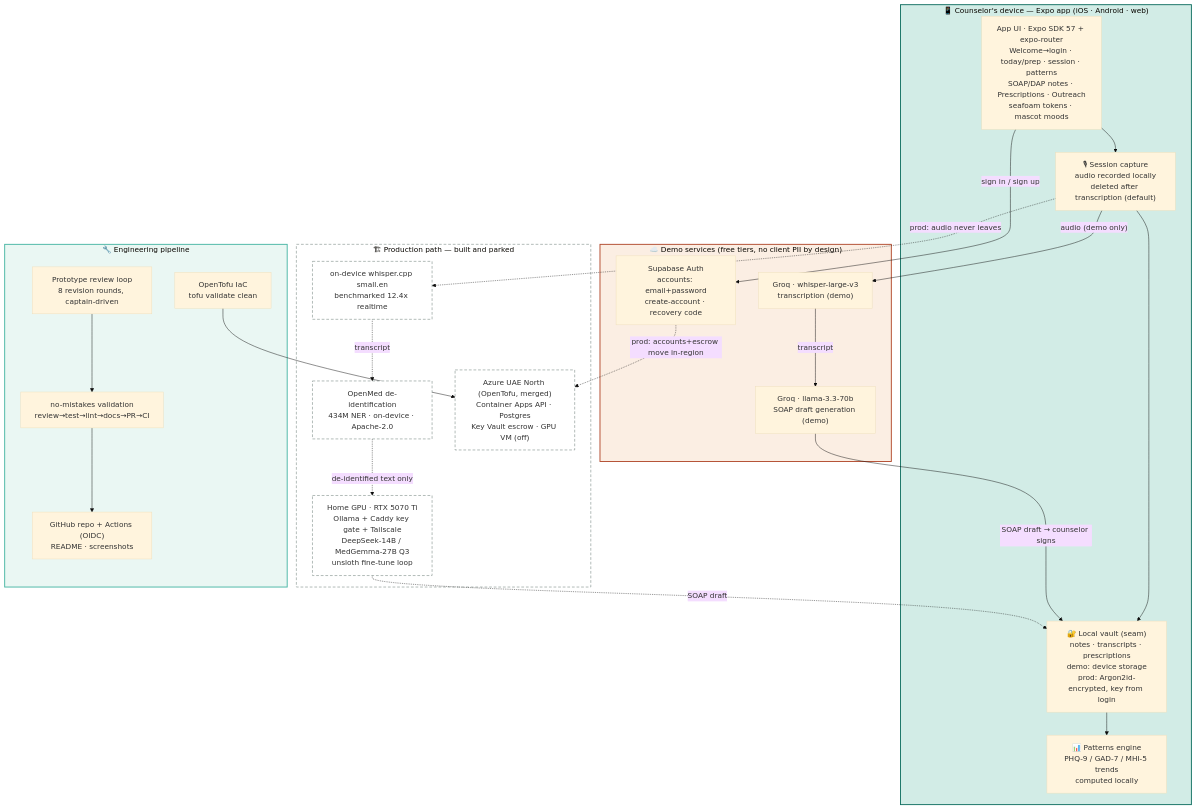
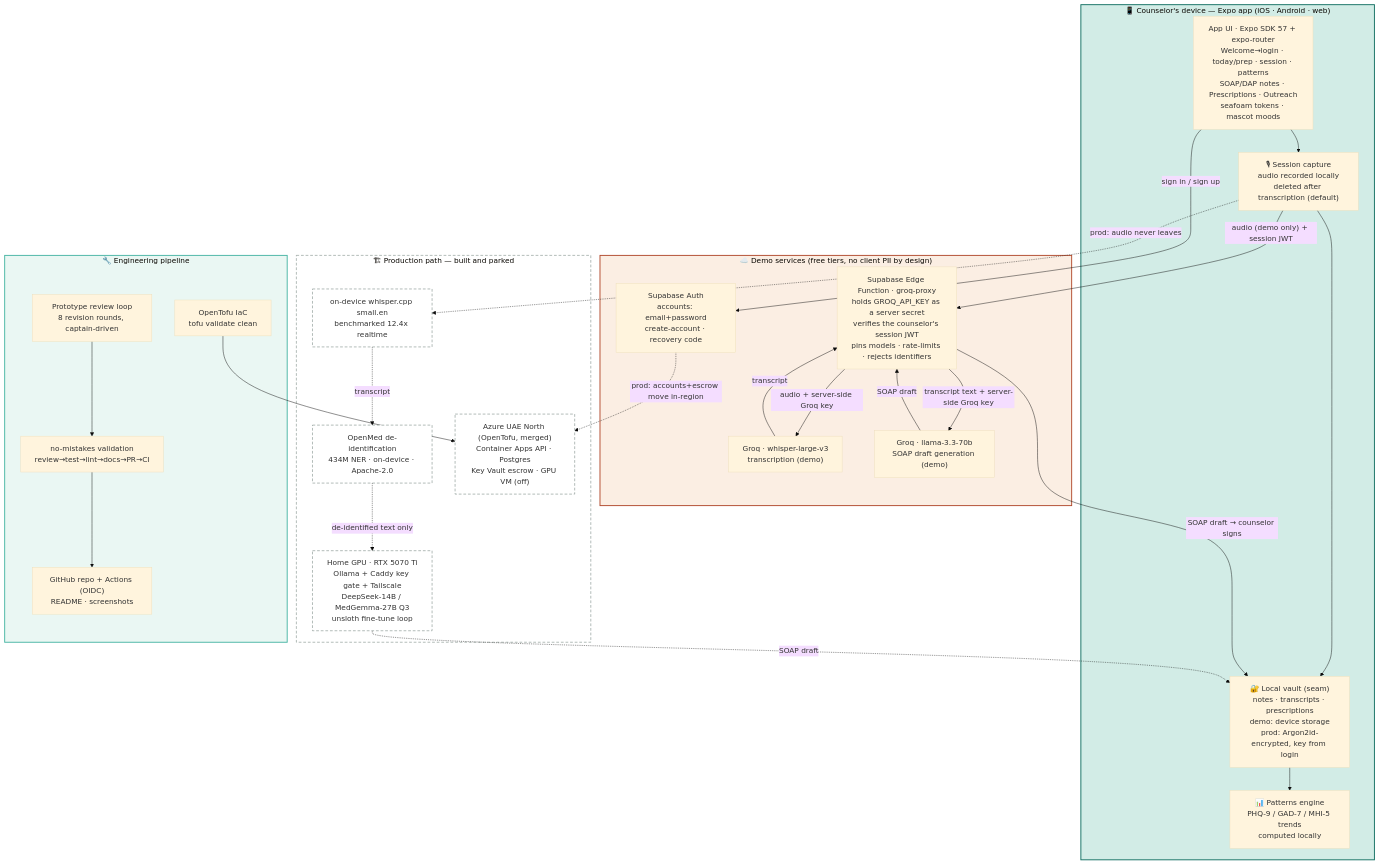
One commit to jayroopramesh/aira changed the diagram in docs/architecture.md. Above: the diagram before and after it, drawn with Mermaid (base theme). The commit also changed other lines of this file and 20 other files, not shown here.

First line of the commit message:
feat(services): route Groq through a server-side Supabase Edge Function (#14)

````diff
--- a/docs/architecture.md
+++ b/docs/architecture.md
@@ -12,51 +12,55 @@
 ```mermaid
 flowchart TB
   subgraph DEVICE["📱 Counselor's device — Expo app (iOS · Android · web)"]
     UI["App UI · Expo SDK 57 + expo-router\nWelcome→login · today/prep · session · patterns\nSOAP/DAP notes · Prescriptions · Outreach\nseafoam tokens · mascot moods"]
     REC["🎙 Session capture\naudio recorded locally\ndeleted after transcription (default)"]
     VAULT["🔐 Local vault (seam)\nnotes · transcripts · prescriptions\ndemo: device storage\nprod: Argon2id-encrypted, key from login"]
     PAT["📊 Patterns engine\nPHQ-9 / GAD-7 / MHI-5 trends\ncomputed locally"]
     UI --> REC
     REC --> VAULT
     VAULT --> PAT
   end
 
   subgraph DEMO["☁️ Demo services (free tiers, no client PII by design)"]
     SUPA["Supabase Auth\naccounts: email+password\ncreate-account · recovery code"]
+    PROXY["Supabase Edge Function · groq-proxy\nholds GROQ_API_KEY as a server secret\nverifies the counselor's session JWT\npins models · rate-limits · rejects identifiers"]
     GROQW["Groq · whisper-large-v3\ntranscription (demo)"]
     GROQL["Groq · llama-3.3-70b\nSOAP draft generation (demo)"]
   end
 
   subgraph PROD["🏗 Production path — built and parked"]
     WHIS["on-device whisper.cpp small.en\nbenchmarked 12.4x realtime"]:::planned
     OMED["OpenMed de-identification\n434M NER · on-device · Apache-2.0"]:::planned
     PC["Home GPU · RTX 5070 Ti\nOllama + Caddy key gate + Tailscale\nDeepSeek-14B / MedGemma-27B Q3\nunsloth fine-tune loop"]:::planned
     AZ["Azure UAE North (OpenTofu, merged)\nContainer Apps API · Postgres\nKey Vault escrow · GPU VM (off)"]:::planned
   end
 
   subgraph ENG["🔧 Engineering pipeline"]
     GH["GitHub repo + Actions (OIDC)\nREADME · screenshots"]
     NM["no-mistakes validation\nreview→test→lint→docs→PR→CI"]
     TOFU["OpenTofu IaC\ntofu validate clean"]
     LAV["Prototype review loop\n8 revision rounds, captain-driven"]
   end
 
   UI -- "sign in / sign up" --> SUPA
-  REC -- "audio (demo only)" --> GROQW
-  GROQW -- "transcript" --> GROQL
-  GROQL -- "SOAP draft → counselor signs" --> VAULT
+  REC -- "audio (demo only) + session JWT" --> PROXY
+  PROXY -- "audio + server-side Groq key" --> GROQW
+  GROQW -- transcript --> PROXY
+  PROXY -- "transcript text + server-side Groq key" --> GROQL
+  GROQL -- "SOAP draft" --> PROXY
+  PROXY -- "SOAP draft → counselor signs" --> VAULT
   REC -. "prod: audio never leaves" .-> WHIS
   WHIS -. transcript .-> OMED
   OMED -. "de-identified text only" .-> PC
   PC -. "SOAP draft" .-> VAULT
   SUPA -. "prod: accounts+escrow move in-region" .-> AZ
   NM --> GH
   TOFU --> AZ
   LAV --> NM
 
   classDef planned stroke-dasharray:6 4,stroke:#586C66,fill:#ffffff;
   style DEVICE fill:#D2ECE6,stroke:#0F6E60,stroke-width:2px
   style DEMO fill:#FBEEE3,stroke:#B0472A,stroke-width:2px
   style PROD fill:#ffffff,stroke:#586C66,stroke-dasharray:6 4
   style ENG fill:#EAF7F3,stroke:#45B4A3,stroke-width:2px
 ```
````
